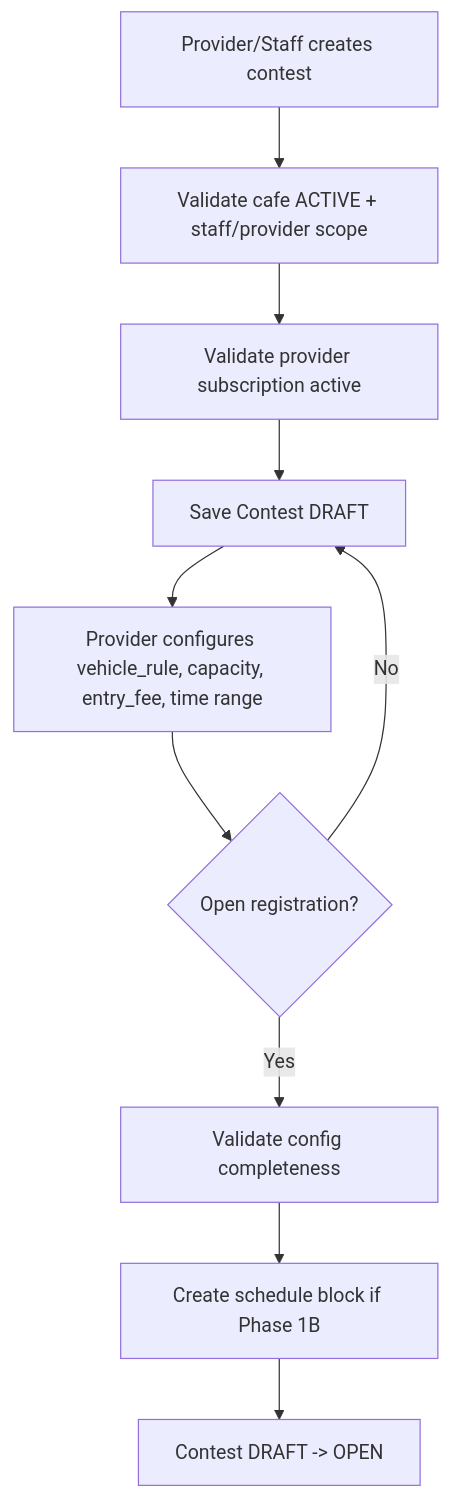
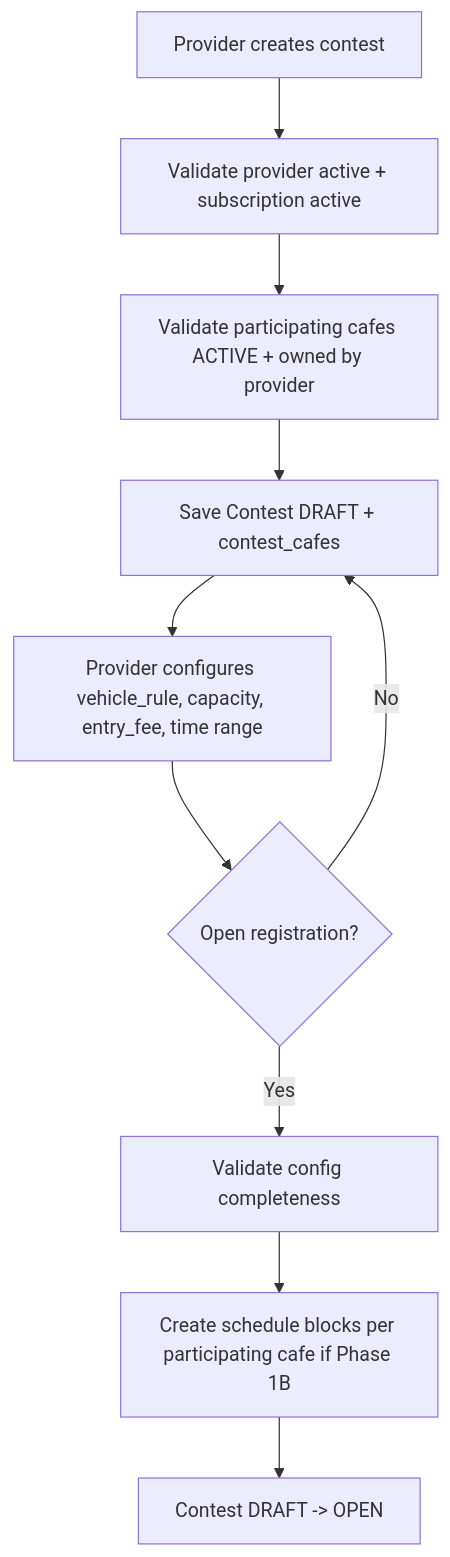
One commit to RCField-SEP490/rcfield-spec changed the fourth of 6 diagrams in docs/architecture/03-contest.md. Above: the diagram before and after it, drawn with Mermaid. The commit also changed other lines of this file and 6 other files, not shown here.

Commit message:
docs: update contest multi-branch flow

````diff
--- a/docs/architecture/03-contest.md
+++ b/docs/architecture/03-contest.md
@@ -270,12 +292,12 @@
 ```mermaid
 flowchart TD
-    A[Provider/Staff creates contest] --> B[Validate cafe ACTIVE + staff/provider scope]
-    B --> C[Validate provider subscription active]
-    C --> D[Save Contest DRAFT]
+    A[Provider creates contest] --> B[Validate provider active + subscription active]
+    B --> C[Validate participating cafes ACTIVE + owned by provider]
+    C --> D[Save Contest DRAFT + contest_cafes]
     D --> E[Provider configures vehicle_rule, capacity, entry_fee, time range]
     E --> F{Open registration?}
     F -->|No| D
     F -->|Yes| G[Validate config completeness]
-    G --> H[Create schedule block if Phase 1B]
+    G --> H[Create schedule blocks per participating cafe if Phase 1B]
     H --> I[Contest DRAFT -> OPEN]
 ```
````
